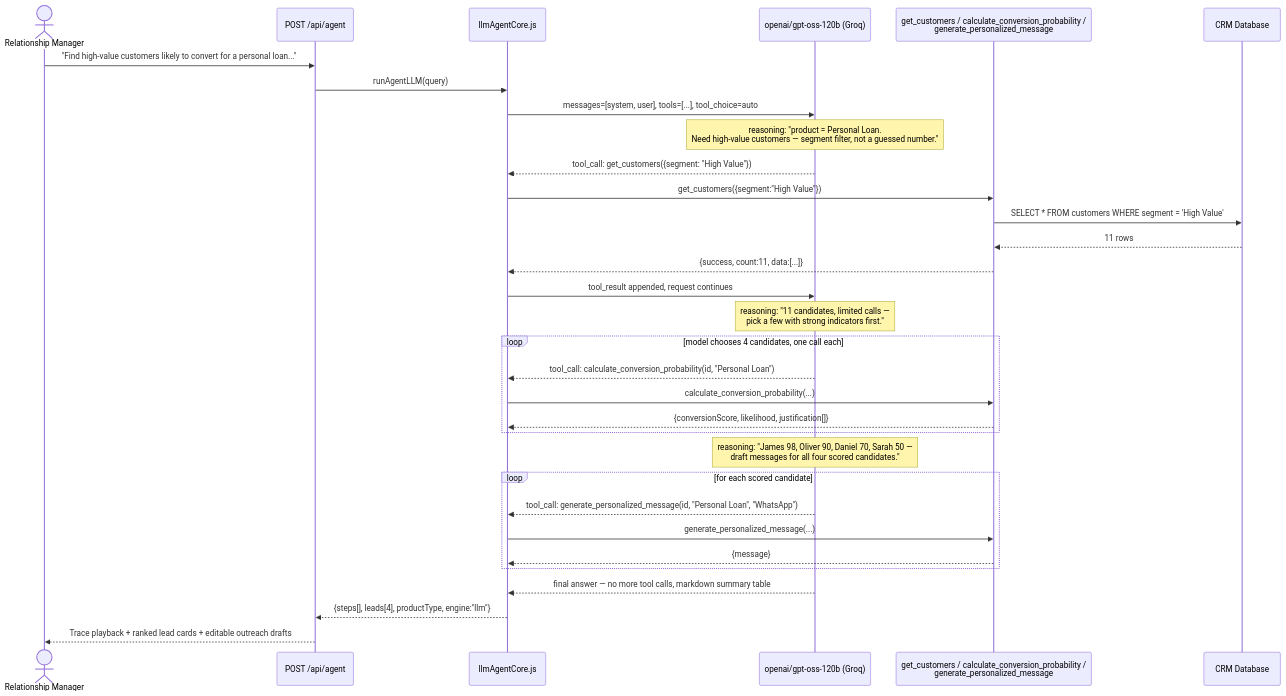
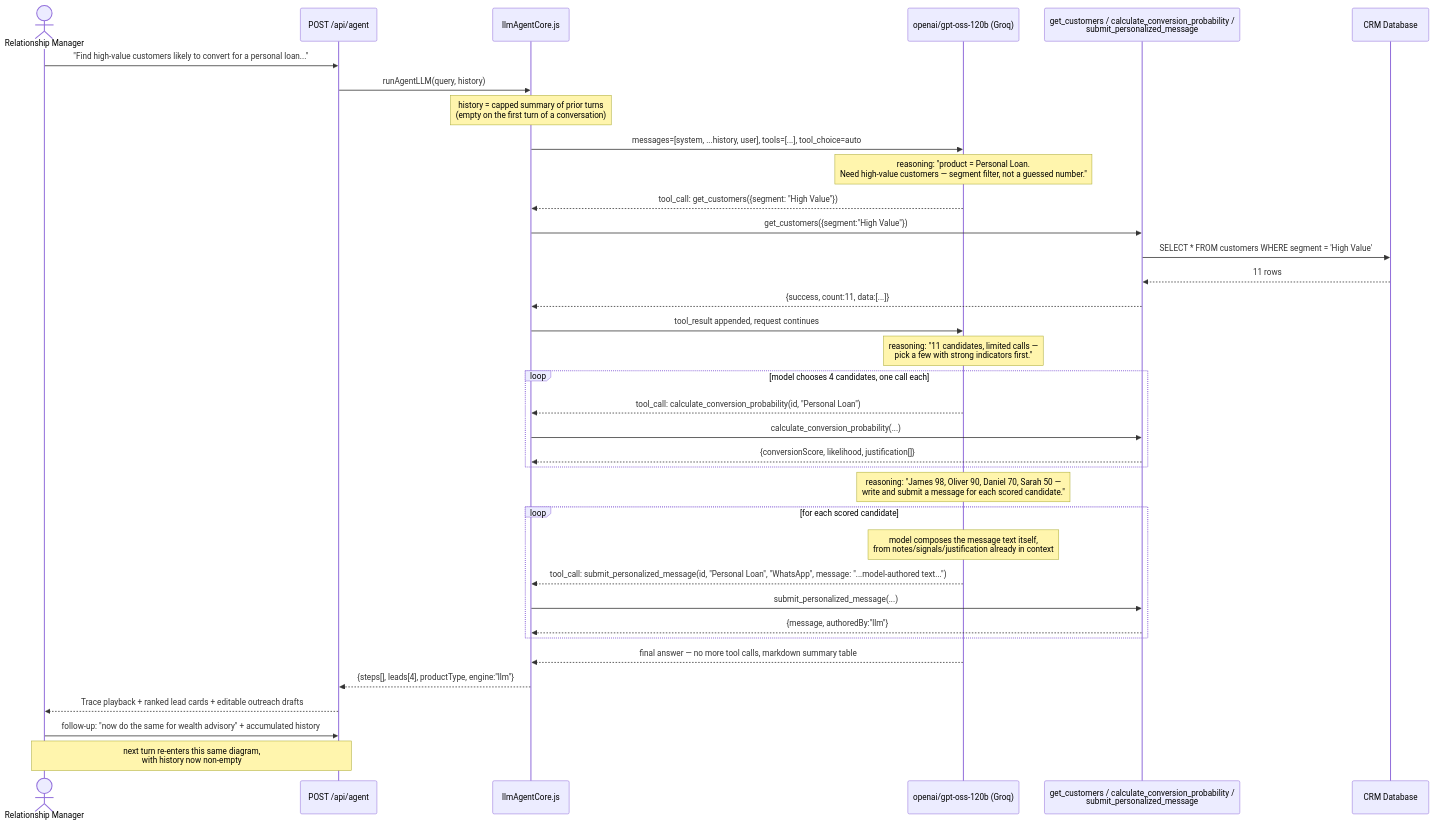
The fourth of 6 diagrams in README.md (Harsh24vardhan/agentic-crm-banking), drawn with Mermaid before and after one commit. The commit also changed other lines of this file and 5 other files, not shown here.

````diff
--- a/README.md
+++ b/README.md
@@ -231,39 +231,43 @@
 ```mermaid
 sequenceDiagram
     actor RM as Relationship Manager
     participant API as POST /api/agent
     participant LLM as llmAgentCore.js
     participant Model as openai/gpt-oss-120b (Groq)
-    participant Tools as get_customers / calculate_conversion_probability /<br/>generate_personalized_message
+    participant Tools as get_customers / calculate_conversion_probability /<br/>submit_personalized_message
     participant DB as CRM Database
 
     RM->>API: "Find high-value customers likely to convert for a personal loan..."
-    API->>LLM: runAgentLLM(query)
-    LLM->>Model: messages=[system, user], tools=[...], tool_choice=auto
+    API->>LLM: runAgentLLM(query, history)
+    note over LLM: history = capped summary of prior turns<br/>(empty on the first turn of a conversation)
+    LLM->>Model: messages=[system, ...history, user], tools=[...], tool_choice=auto
 
     note over Model: reasoning: "product = Personal Loan.<br/>Need high-value customers — segment filter, not a guessed number."
     Model-->>LLM: tool_call: get_customers({segment: "High Value"})
     LLM->>Tools: get_customers({segment:"High Value"})
     Tools->>DB: SELECT * FROM customers WHERE segment = 'High Value'
     DB-->>Tools: 11 rows
     Tools-->>LLM: {success, count:11, data:[...]}
     LLM->>Model: tool_result appended, request continues
 
     note over Model: reasoning: "11 candidates, limited calls —<br/>pick a few with strong indicators first."
     loop model chooses 4 candidates, one call each
         Model-->>LLM: tool_call: calculate_conversion_probability(id, "Personal Loan")
         LLM->>Tools: calculate_conversion_probability(...)
         Tools-->>LLM: {conversionScore, likelihood, justification[]}
     end
 
-    note over Model: reasoning: "James 98, Oliver 90, Daniel 70, Sarah 50 —<br/>draft messages for all four scored candidates."
+    note over Model: reasoning: "James 98, Oliver 90, Daniel 70, Sarah 50 —<br/>write and submit a message for each scored candidate."
     loop for each scored candidate
-        Model-->>LLM: tool_call: generate_personalized_message(id, "Personal Loan", "WhatsApp")
-        LLM->>Tools: generate_personalized_message(...)
-        Tools-->>LLM: {message}
+        note over Model: model composes the message text itself,<br/>from notes/signals/justification already in context
+        Model-->>LLM: tool_call: submit_personalized_message(id, "Personal Loan", "WhatsApp", message: "...model-authored text...")
+        LLM->>Tools: submit_personalized_message(...)
+        Tools-->>LLM: {message, authoredBy:"llm"}
     end
 
     Model-->>LLM: final answer — no more tool calls, markdown summary table
     LLM-->>API: {steps[], leads[4], productType, engine:"llm"}
     API-->>RM: Trace playback + ranked lead cards + editable outreach drafts
+    RM->>API: follow-up: "now do the same for wealth advisory" + accumulated history
+    note over API,RM: next turn re-enters this same diagram,<br/>with history now non-empty
 ```
````
